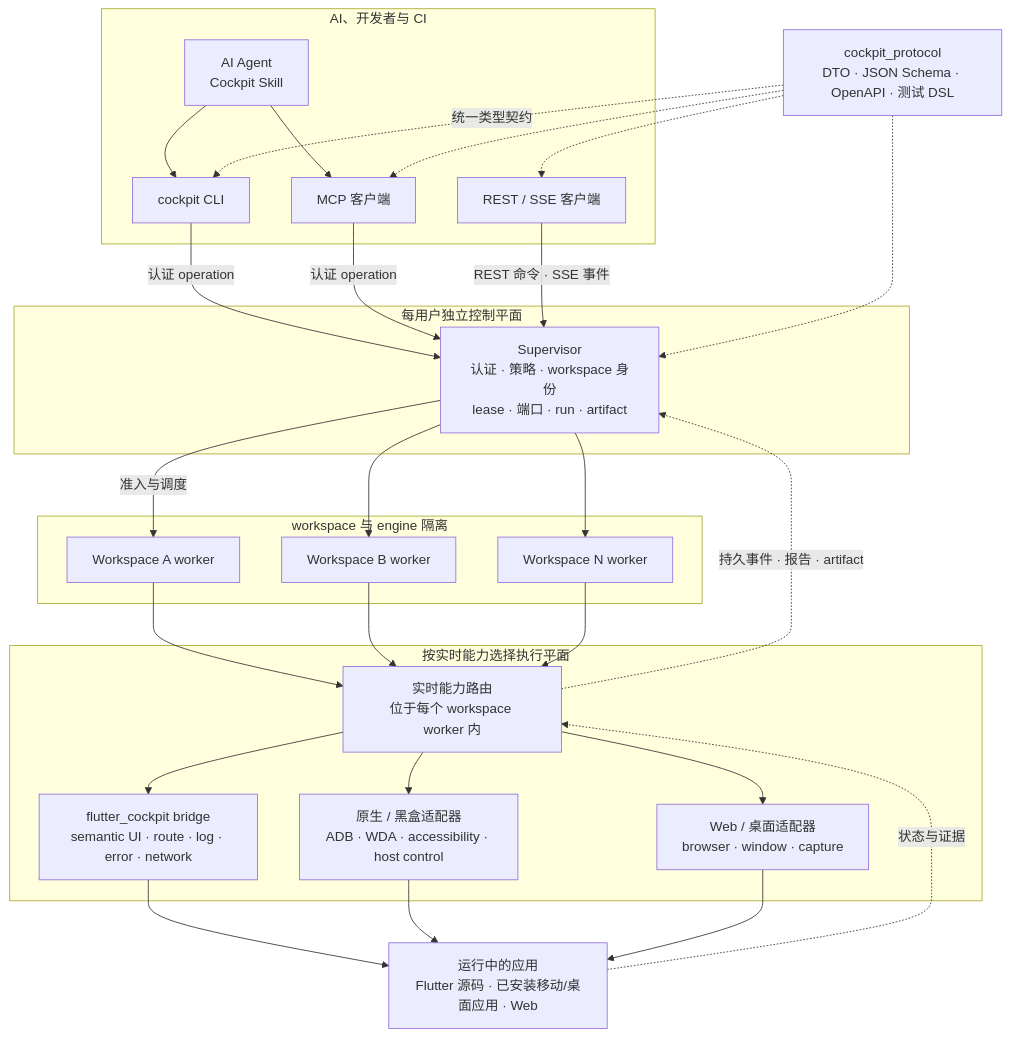
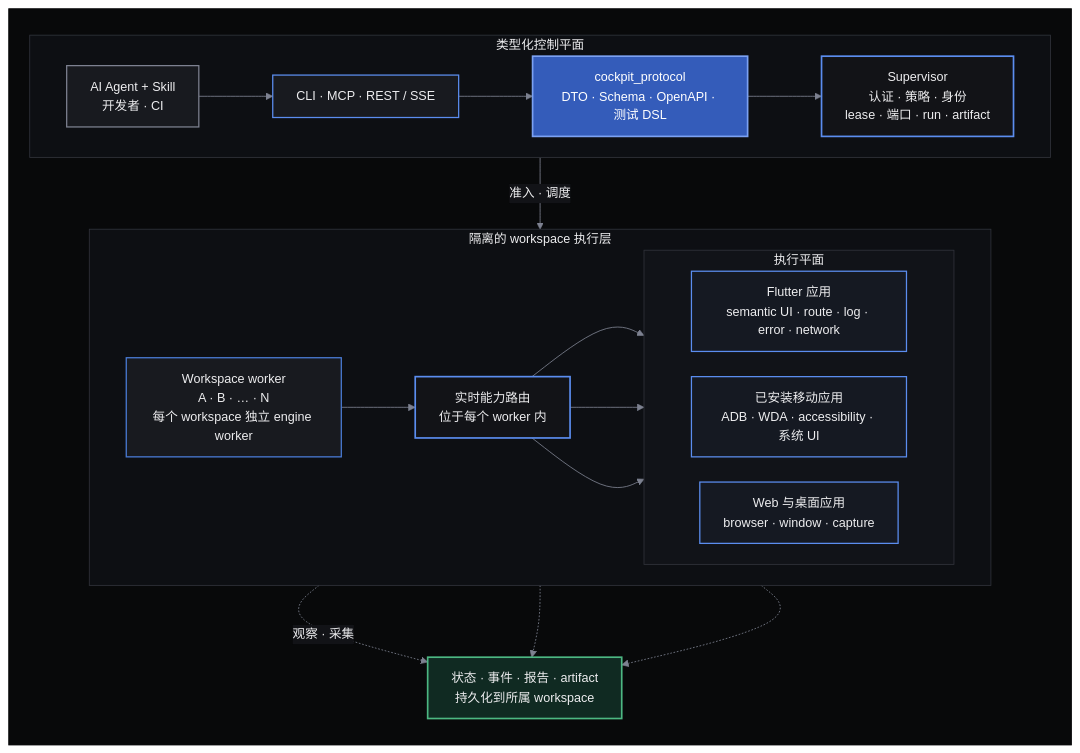
The diagram in README.zh-CN.md (cockpit-dev/cockpit), drawn with Mermaid before and after one commit. The commit also changed 1 other file, not shown here.

Commit message:
docs: refine Cockpit architecture diagram

````diff
--- a/README.zh-CN.md
+++ b/README.zh-CN.md
@@ -110,54 +110,61 @@
 ```mermaid
+%%{init: {"theme": "base", "themeVariables": {"darkMode": true, "background": "#08090A", "fontFamily": "system-ui, -apple-system, BlinkMacSystemFont, Segoe UI, sans-serif", "fontSize": "15px", "primaryColor": "#181A1F", "primaryTextColor": "#EDEDEF", "primaryBorderColor": "#5B8DEF", "lineColor": "#7D8190", "secondaryColor": "#121317", "tertiaryColor": "#0D0F13", "clusterBkg": "#0D0F13", "clusterBorder": "#30323A", "edgeLabelBackground": "#121317"}, "flowchart": {"curve": "basis", "nodeSpacing": 30, "rankSpacing": 38, "padding": 14}}}%%
 flowchart TB
-  subgraph Clients["AI、开发者与 CI"]
-    Agent["AI Agent<br/>Cockpit Skill"]
-    CLI["cockpit CLI"]
-    MCP["MCP 客户端"]
-    API["REST / SSE 客户端"]
+  subgraph Architecture[" "]
+    direction TB
+  subgraph ControlPath["类型化控制平面"]
+    direction LR
+    Actors["AI Agent + Skill<br/>开发者 · CI"]
+    Surfaces["CLI · MCP · REST / SSE"]
+    Contract["cockpit_protocol<br/>DTO · Schema · OpenAPI · 测试 DSL"]
+    Supervisor["Supervisor<br/>认证 · 策略 · 身份<br/>lease · 端口 · run · artifact"]
+    Actors --> Surfaces --> Contract --> Supervisor
   end
 
-  Contract["cockpit_protocol<br/>DTO · JSON Schema · OpenAPI · 测试 DSL"]
+  subgraph RuntimePath["隔离的 workspace 执行层"]
+    direction LR
+    Workers["Workspace worker<br/>A · B · … · N<br/>每个 workspace 独立 engine worker"]
+    Router["实时能力路由<br/>位于每个 worker 内"]
 
-  subgraph Control["每用户独立控制平面"]
-    Supervisor["Supervisor<br/>认证 · 策略 · workspace 身份<br/>lease · 端口 · run · artifact"]
+    subgraph Planes["执行平面"]
+      direction LR
+      Flutter["Flutter 应用<br/>semantic UI · route · log · error · network"]
+      Native["已安装移动应用<br/>ADB · WDA · accessibility · 系统 UI"]
+      Desktop["Web 与桌面应用<br/>browser · window · capture"]
+    end
+
+    Workers --> Router
+    Router --> Flutter
+    Router --> Native
+    Router --> Desktop
   end
 
-  subgraph Isolation["workspace 与 engine 隔离"]
-    WorkerA["Workspace A worker"]
-    WorkerB["Workspace B worker"]
-    WorkerN["Workspace N worker"]
+  Evidence["状态 · 事件 · 报告 · artifact<br/>持久化到所属 workspace"]
+
+  Supervisor -->|准入 · 调度| Workers
+  Flutter -.->|观察 · 采集| Evidence
+  Native -.-> Evidence
+  Desktop -.-> Evidence
   end
 
-  subgraph Execution["按实时能力选择执行平面"]
-    Router["实时能力路由<br/>位于每个 workspace worker 内"]
-    Flutter["flutter_cockpit bridge<br/>semantic UI · route · log · error · network"]
-    Native["原生 / 黑盒适配器<br/>ADB · WDA · accessibility · host control"]
-    Web["Web / 桌面适配器<br/>browser · window · capture"]
-  end
+  classDef actor fill:#181A1F,stroke:#7D8190,color:#EDEDEF,stroke-width:1.5px
+  classDef surface fill:#181A1F,stroke:#5B8DEF,color:#EDEDEF,stroke-width:1.5px
+  classDef contract fill:#345CBA,stroke:#7BA1F2,color:#FFFFFF,stroke-width:2px
+  classDef control fill:#121317,stroke:#5B8DEF,color:#EDEDEF,stroke-width:2px
+  classDef worker fill:#181A1F,stroke:#4A7DD8,color:#EDEDEF,stroke-width:1.5px
+  classDef plane fill:#151922,stroke:#5B8DEF,color:#EDEDEF,stroke-width:1.5px
+  classDef evidence fill:#102A22,stroke:#4CB782,color:#EDEDEF,stroke-width:2px
 
-  Targets["运行中的应用<br/>Flutter 源码 · 已安装移动/桌面应用 · Web"]
+  class Actors actor
+  class Surfaces surface
+  class Contract contract
+  class Supervisor,Router control
+  class Workers worker
+  class Flutter,Native,Desktop plane
+  class Evidence evidence
 
-  Agent --> CLI
-  Agent --> MCP
-  CLI -->|认证 operation| Supervisor
-  MCP -->|认证 operation| Supervisor
-  API -->|REST 命令 · SSE 事件| Supervisor
-  Contract -.->|统一类型契约| CLI
-  Contract -.-> MCP
-  Contract -.-> API
-  Contract -.-> Supervisor
-  Supervisor -->|准入与调度| WorkerA
-  Supervisor --> WorkerB
-  Supervisor --> WorkerN
-  WorkerA --> Router
-  WorkerB --> Router
-  WorkerN --> Router
-  Router --> Flutter
-  Router --> Native
-  Router --> Web
-  Flutter --> Targets
-  Native --> Targets
-  Web --> Targets
-  Targets -.->|状态与证据| Router
-  Router -.->|持久事件 · 报告 · artifact| Supervisor
+  style Architecture fill:#08090A,stroke:#08090A,color:#EDEDEF
+  style ControlPath fill:#0D0F13,stroke:#30323A,color:#EDEDEF
+  style RuntimePath fill:#0D0F13,stroke:#30323A,color:#EDEDEF
+  style Planes fill:#111318,stroke:#30323A,color:#EDEDEF
 ```
````
